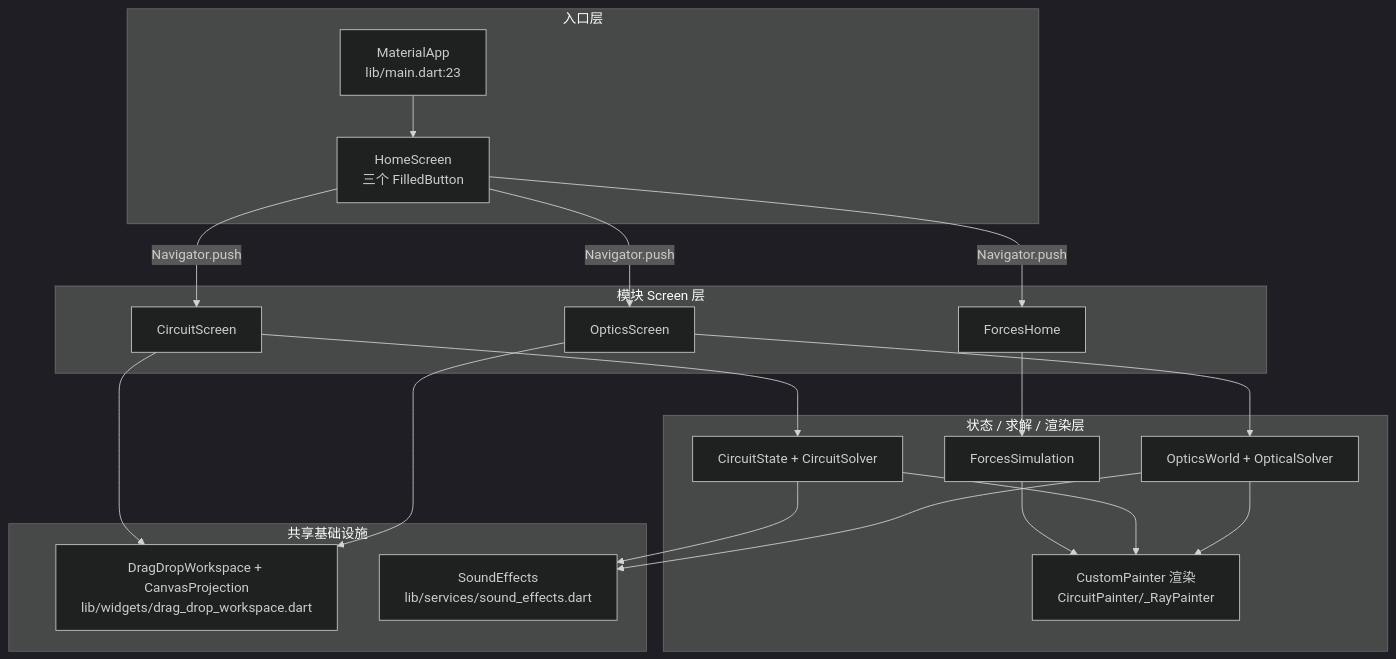
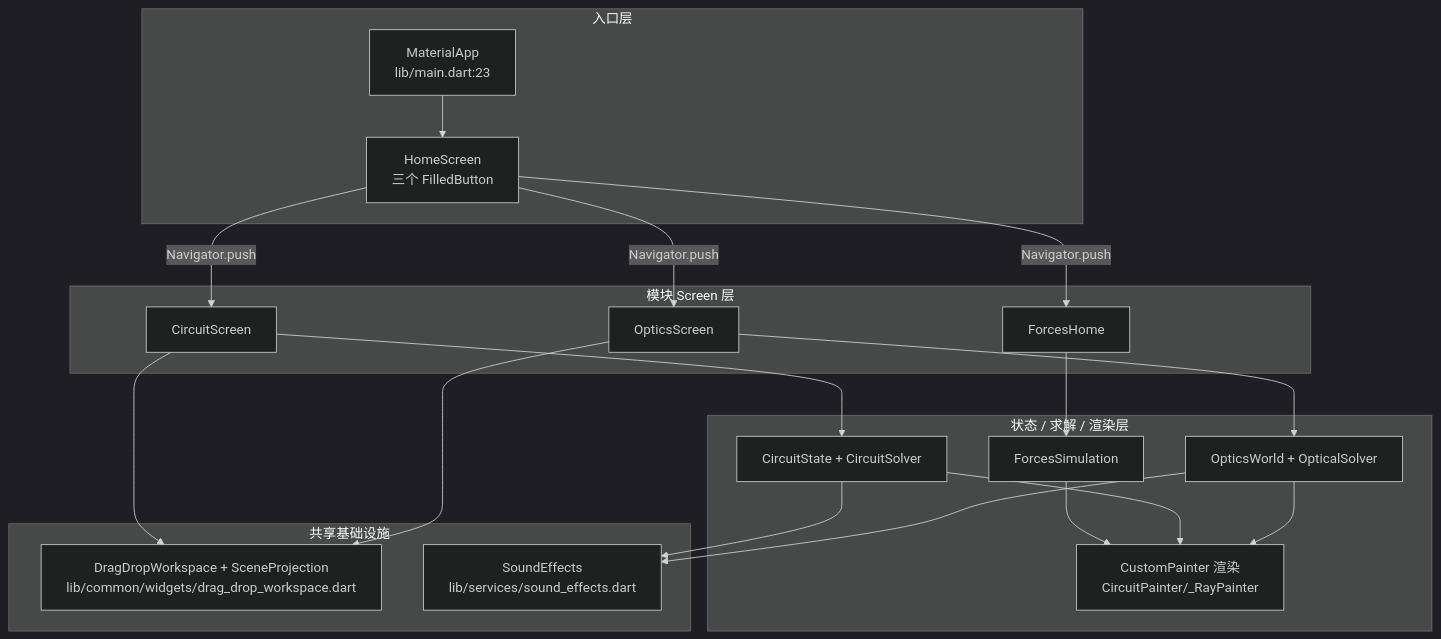
Before and after one commit to kenGH12345/KartosLab: the diagram in docs/knowledge/kratos/architecture/overview.md, drawn with Mermaid (dark theme). The commit also changed 4 other files, not shown here.

Commit message:
\docs(knowledge): 清理投影统一后的 CanvasProjection 残留表述 [AC-none] [req-unify-projection-layer]"

````diff
--- a/docs/knowledge/kratos/architecture/overview.md
+++ b/docs/knowledge/kratos/architecture/overview.md
@@ -33,33 +33,33 @@
 ```mermaid
 flowchart TD
     subgraph L1[入口层]
         MA[MaterialApp\nlib/main.dart:23]
         HS[HomeScreen\n三个 FilledButton]
     end
     subgraph L2[模块 Screen 层]
         OS[OpticsScreen]
         CS[CircuitScreen]
         FH[ForcesHome]
     end
     subgraph L3[状态 / 求解 / 渲染层]
         OW[OpticsWorld + OpticalSolver]
         CW[CircuitState + CircuitSolver]
         FS[ForcesSimulation]
         RP[CustomPainter 渲染\nCircuitPainter/_RayPainter]
     end
     subgraph L4[共享基础设施]
-        DD[DragDropWorkspace + CanvasProjection\nlib/widgets/drag_drop_workspace.dart]
+        DD[DragDropWorkspace + SceneProjection\nlib/common/widgets/drag_drop_workspace.dart]
         SV[SoundEffects\nlib/services/sound_effects.dart]
     end
     MA --> HS
     HS -->|Navigator.push| OS
     HS -->|Navigator.push| CS
     HS -->|Navigator.push| FH
     OS --> OW --> RP
     CS --> CW --> RP
     FH --> FS --> RP
     OS --> DD
     CS --> DD
     OW --> SV
     CW --> SV
 ```
````
